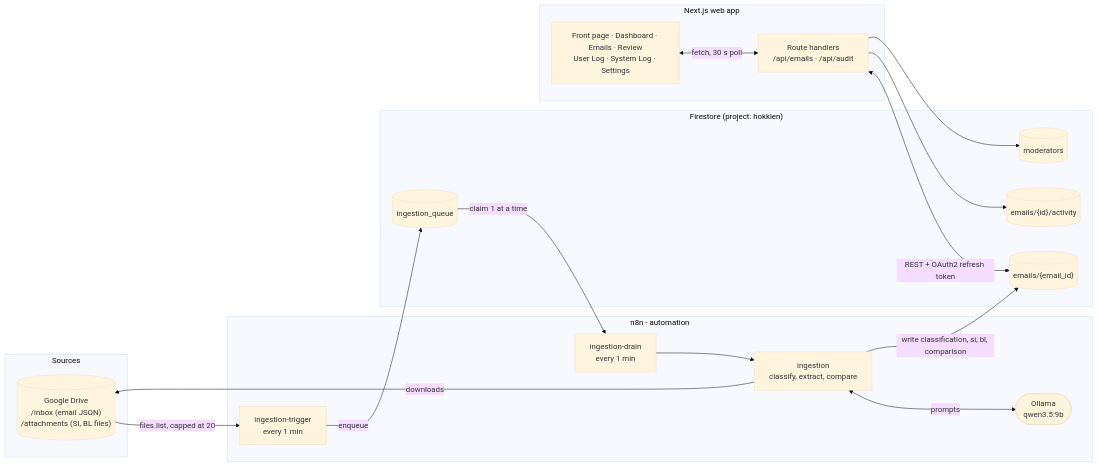
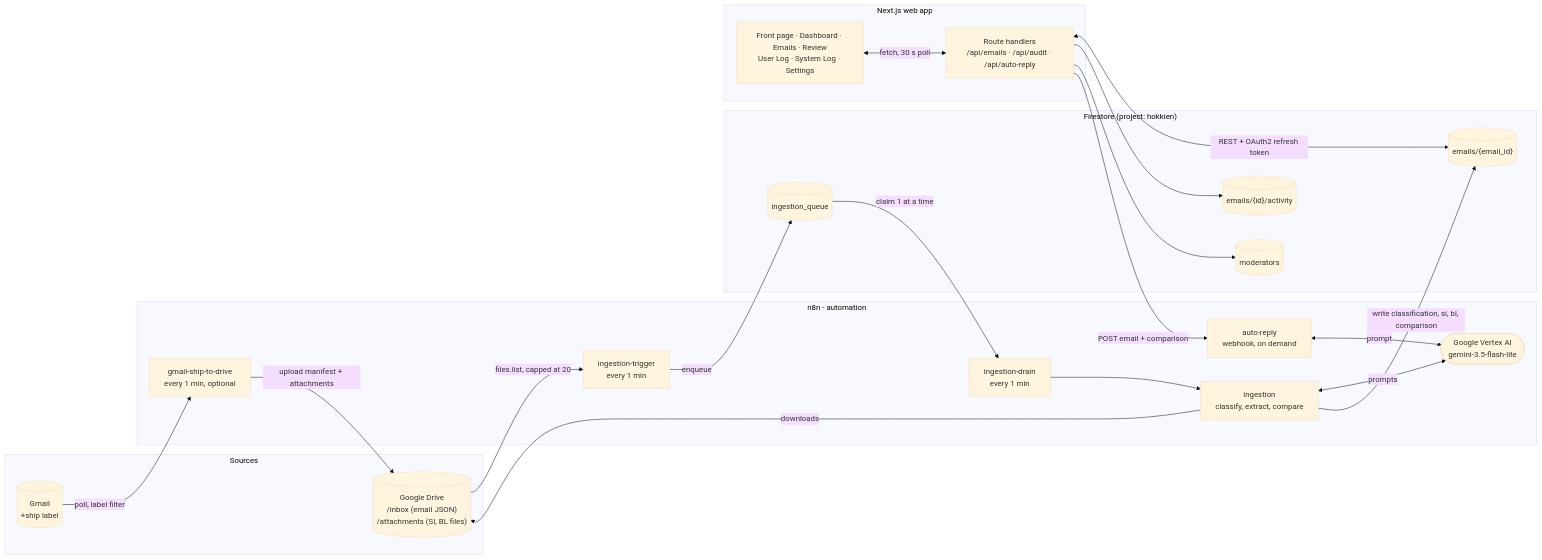
One commit to Sr33kk0/Shiptuationship changed the diagram in README.md. Above: the diagram before and after it, drawn with Mermaid (base theme). The commit also changed other lines of this file, not shown here.

````diff
--- a/README.md
+++ b/README.md
@@ -129,37 +129,44 @@
 ```mermaid
 flowchart LR
     subgraph SRC["Sources"]
+        GMAIL[("Gmail<br/>+ship label")]
         DRIVE[("Google Drive<br/>/inbox (email JSON)<br/>/attachments (SI, BL files)")]
     end
 
     subgraph N8N["n8n - automation"]
+        G2D["gmail-ship-to-drive<br/>every 1 min, optional"]
         TRIG["ingestion-trigger<br/>every 1 min"]
         DRAIN["ingestion-drain<br/>every 1 min"]
         ING["ingestion<br/>classify, extract, compare"]
-        LLM(["Ollama<br/>qwen3.5:9b"])
+        AR["auto-reply<br/>webhook, on demand"]
+        LLM(["Google Vertex AI<br/>gemini-3.5-flash-lite"])
     end
 
     subgraph DB["Firestore (project: hokkien)"]
         Q[("ingestion_queue")]
         E[("emails/{email_id}")]
         ACT[("emails/{id}/activity")]
         MOD[("moderators")]
     end
 
     subgraph WEB["Next.js web app"]
-        API["Route handlers<br/>/api/emails · /api/audit"]
+        API["Route handlers<br/>/api/emails · /api/audit · /api/auto-reply"]
         UI["Front page · Dashboard · Emails · Review<br/>User Log · System Log · Settings"]
     end
 
+    GMAIL -->|poll, label filter| G2D
+    G2D -->|upload manifest + attachments| DRIVE
     DRIVE -->|files.list, capped at 20| TRIG
     TRIG -->|enqueue| Q
     Q -->|claim 1 at a time| DRAIN
     DRAIN --> ING
     ING <-->|prompts| LLM
     ING -->|downloads| DRIVE
     ING -->|write classification, si, bl, comparison| E
     API <-->|REST + OAuth2 refresh token| E
     API --> ACT
     API --> MOD
+    API -->|POST email + comparison| AR
+    AR <-->|prompt| LLM
     UI <-->|fetch, 30 s poll| API
 ```
````
